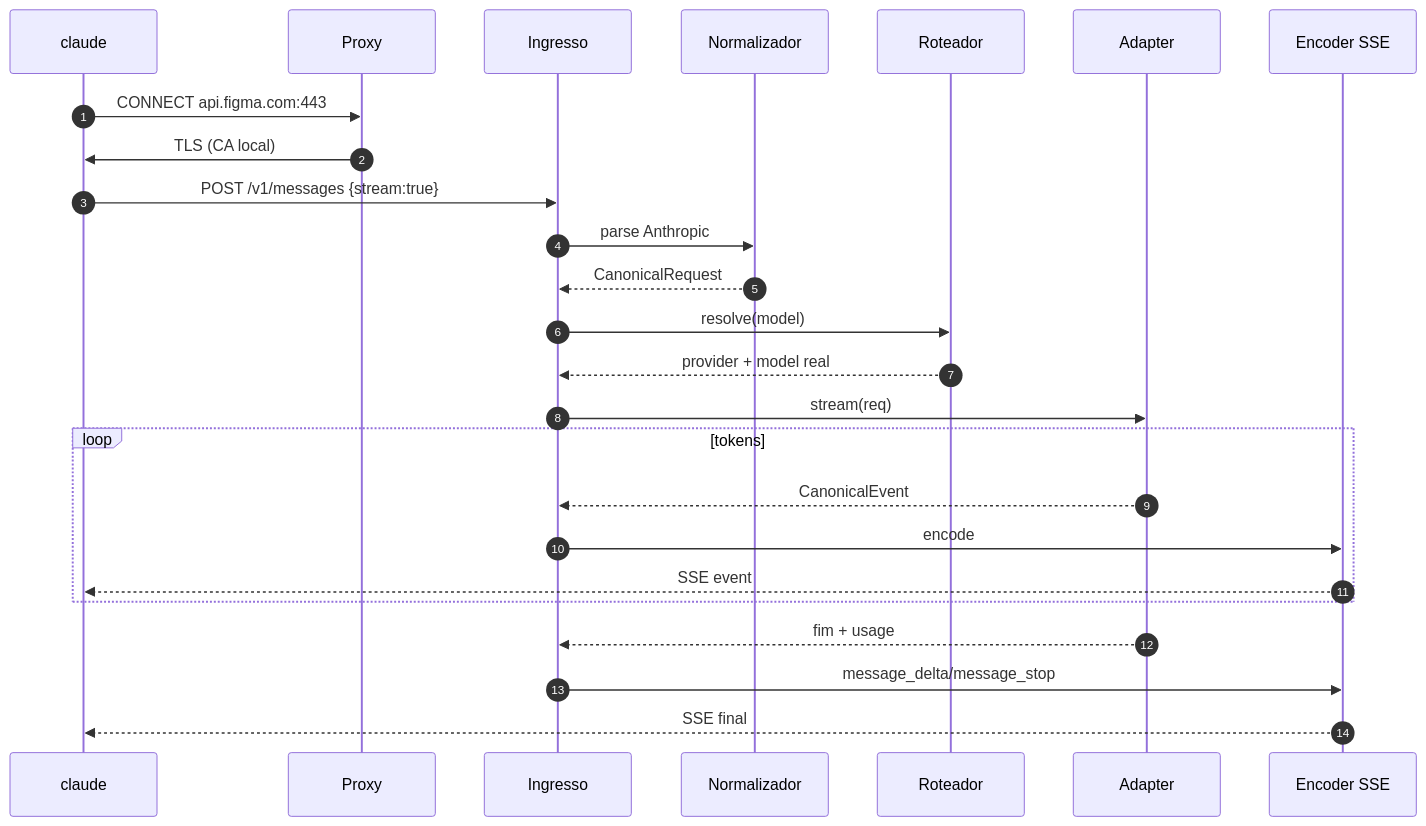
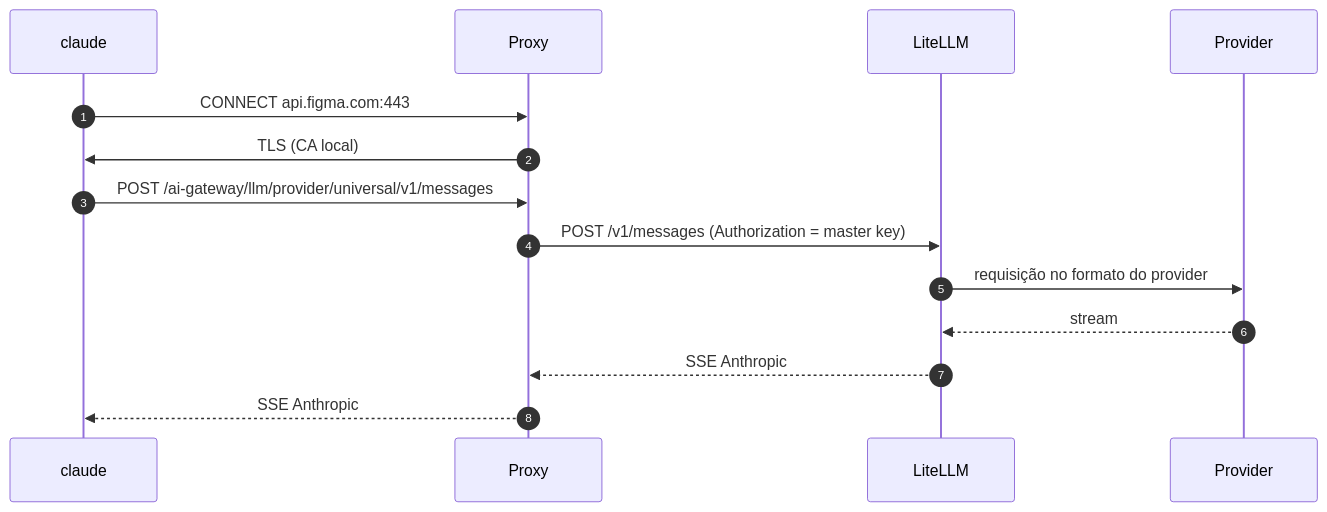
Before and after one commit to marcos2872/frank-figma-gateway: the second of 2 diagrams in docs/gateway-architecture.md, drawn with Mermaid. The commit also changed other lines of this file and 9 other files, not shown here.

````diff
--- a/docs/gateway-architecture.md
+++ b/docs/gateway-architecture.md
@@ -245,28 +60,17 @@
 ```mermaid
 sequenceDiagram
     autonumber
     participant C as claude
     participant P as Proxy
-    participant I as Ingresso
-    participant N as Normalizador
-    participant MR as Roteador
-    participant A as Adapter
-    participant S as Encoder SSE
+    participant L as LiteLLM
+    participant X as Provider
 
     C->>P: CONNECT api.figma.com:443
     P->>C: TLS (CA local)
-    C->>I: POST /v1/messages {stream:true}
-    I->>N: parse Anthropic
-    N-->>I: CanonicalRequest
-    I->>MR: resolve(model)
-    MR-->>I: provider + model real
-    I->>A: stream(req)
-    loop tokens
-        A-->>I: CanonicalEvent
-        I->>S: encode
-        S-->>C: SSE event
-    end
-    A-->>I: fim + usage
-    I->>S: message_delta/message_stop
-    S-->>C: SSE final
+    C->>P: POST /ai-gateway/llm/provider/universal/v1/messages
+    P->>L: POST /v1/messages (Authorization = master key)
+    L->>X: requisição no formato do provider
+    X-->>L: stream
+    L-->>P: SSE Anthropic
+    P-->>C: SSE Anthropic
 ```
````
